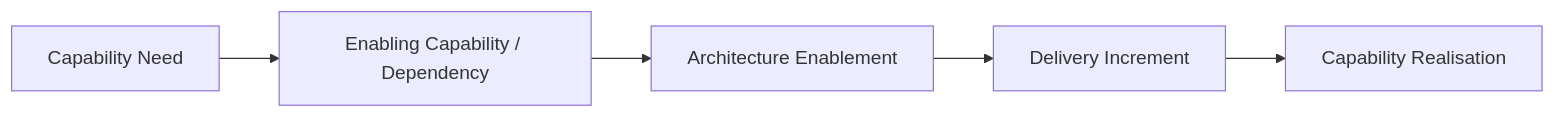
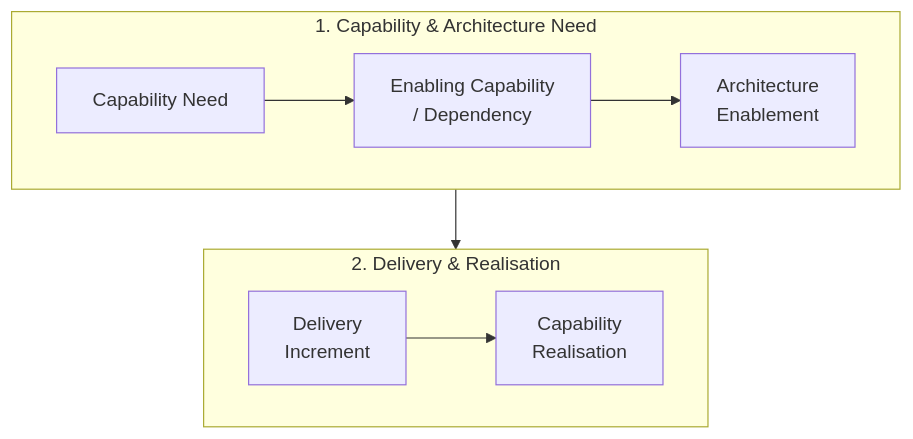
Before and after one commit to avfranco-br/portfolio: the third of 11 diagrams in docs/sop/04-delivery-enablement.md, drawn with Mermaid. The commit also changed other lines of this file and 10 other files, not shown here.

Commit message:
Refactor Mermaid diagrams across SOP and methods documentation for legibility

````diff
--- a/docs/sop/04-delivery-enablement.md
+++ b/docs/sop/04-delivery-enablement.md
@@ -232,12 +237,15 @@
 ```mermaid
-flowchart LR
-    A["Capability Need"]
-    B["Enabling Capability / Dependency"]
-    C["Architecture Enablement"]
-    D["Delivery Increment"]
-    E["Capability Realisation"]
-    A --> B
-    B --> C
+flowchart TD
+    subgraph Need["1. Capability & Architecture Need"]
+        direction LR
+        A["Capability Need"] --> B["Enabling Capability<br/>/ Dependency"]
+        B --> C["Architecture<br/>Enablement"]
+    end
+
+    subgraph Realisation["2. Delivery & Realisation"]
+        direction LR
+        D["Delivery<br/>Increment"] --> E["Capability<br/>Realisation"]
+    end
+
     C --> D
-    D --> E
 ```
````
